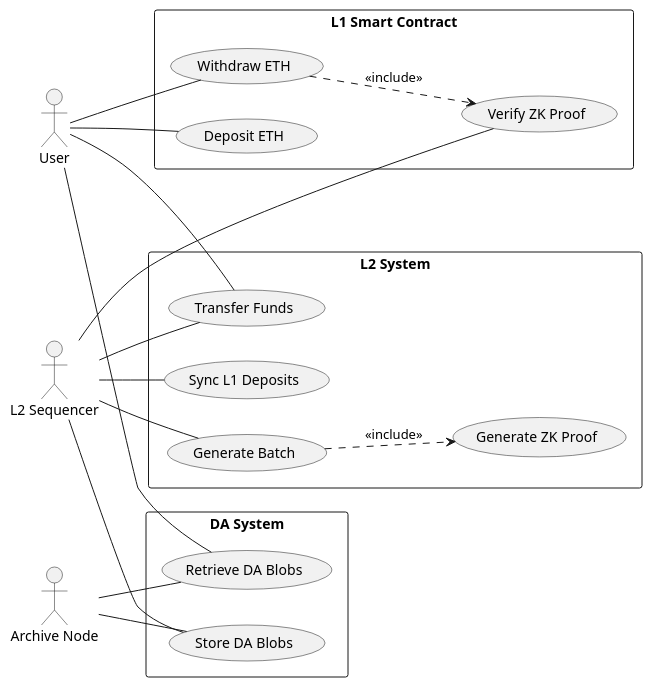
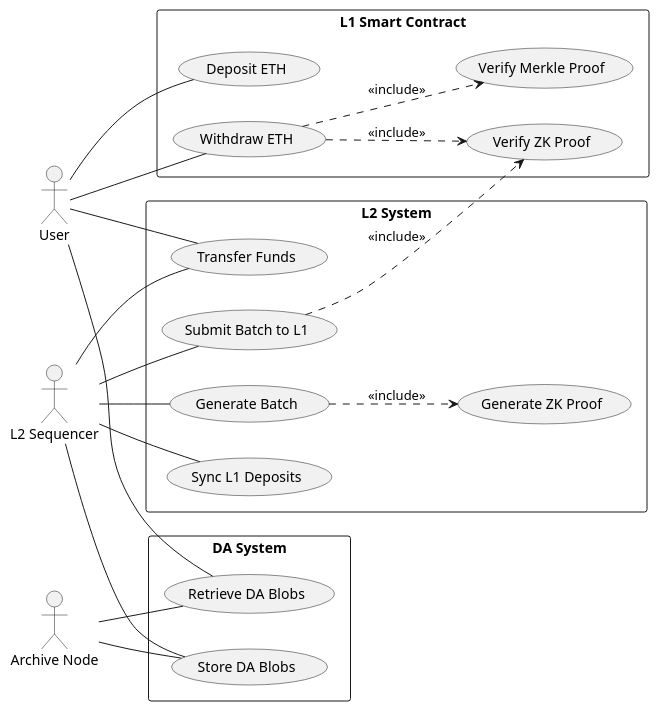
One commit to Mtdung290504/ZK-rollup-simulation changed the diagram in .des/use-case.wsd. Above: the diagram before and after it, drawn with PlantUML. The commit also changed 5 other files, not shown here.

Commit message:
- Modifying the sequencer mechanism: using Dense Merkle Tree. - Detailed design diagrams.

```diff
--- a/.des/use-case.wsd
+++ b/.des/use-case.wsd
@@ -1,45 +1,51 @@
 @startuml "ZK-Rollup Use-case"
 left to right direction
 skinparam packageStyle rectangle
 
 actor "User" as User
 actor "L2 Sequencer" as Sequencer
 actor "Archive Node" as Archive
 
 package "L1 Smart Contract" {
   usecase "Deposit ETH" as UC_Deposit
-  usecase "Verify ZK Proof" as UC_Verify
+  usecase "Verify ZK Proof" as UC_VerifyZK
+  usecase "Verify Merkle Proof" as UC_VerifyMerkle
   usecase "Withdraw ETH" as UC_Withdraw
 }
 
 package "L2 System" {
   usecase "Sync L1 Deposits" as UC_Sync
   usecase "Transfer Funds" as UC_Transfer
   usecase "Generate Batch" as UC_Batch
   usecase "Generate ZK Proof" as UC_Prove
+  usecase "Submit Batch to L1" as UC_Submit
 }
 
 package "DA System" {
   usecase "Store DA Blobs" as UC_StoreDA
   usecase "Retrieve DA Blobs" as UC_RetrieveDA
 }
 
 ' Associations
 User -- UC_Deposit
 User -- UC_Transfer
 User -- UC_Withdraw
 User -- UC_RetrieveDA
 
 Sequencer -- UC_Sync
 Sequencer -- UC_Transfer
 Sequencer -- UC_Batch
 Sequencer -- UC_StoreDA
-Sequencer -- UC_Verify
+Sequencer -- UC_Submit
 
 Archive -- UC_StoreDA
 Archive -- UC_RetrieveDA
 
 ' Includes
 UC_Batch ..> UC_Prove : <<include>>
-UC_Withdraw ..> UC_Verify : <<include>>
+UC_Submit ..> UC_VerifyZK : <<include>>
+
+UC_Withdraw ..> UC_VerifyZK : <<include>>
+UC_Withdraw ..> UC_VerifyMerkle : <<include>>
+
 @enduml
```
